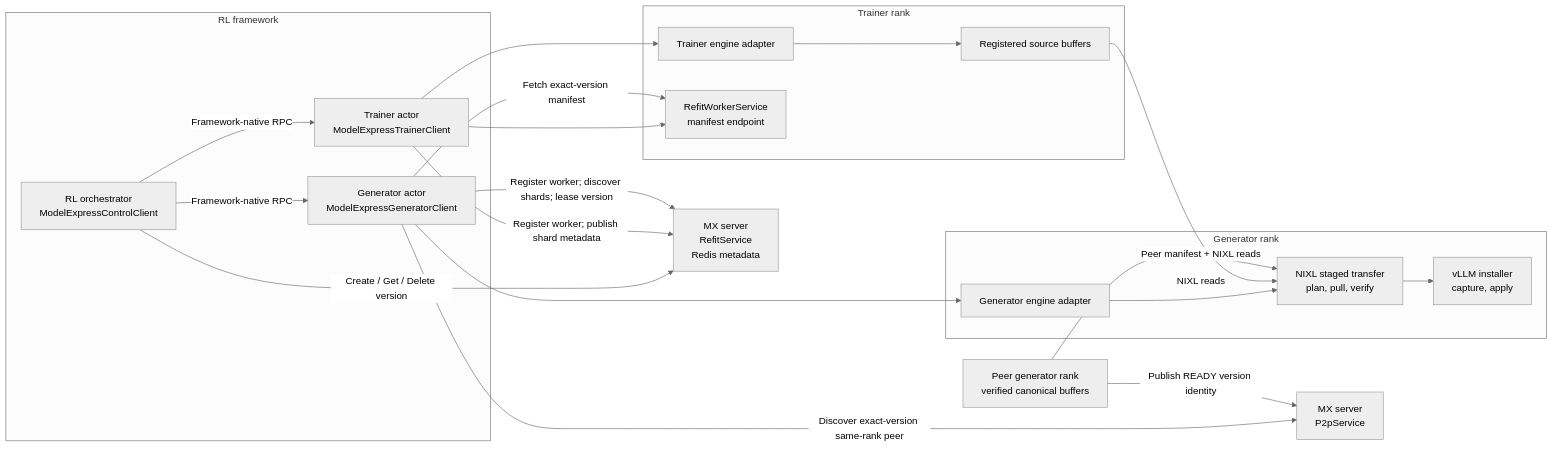
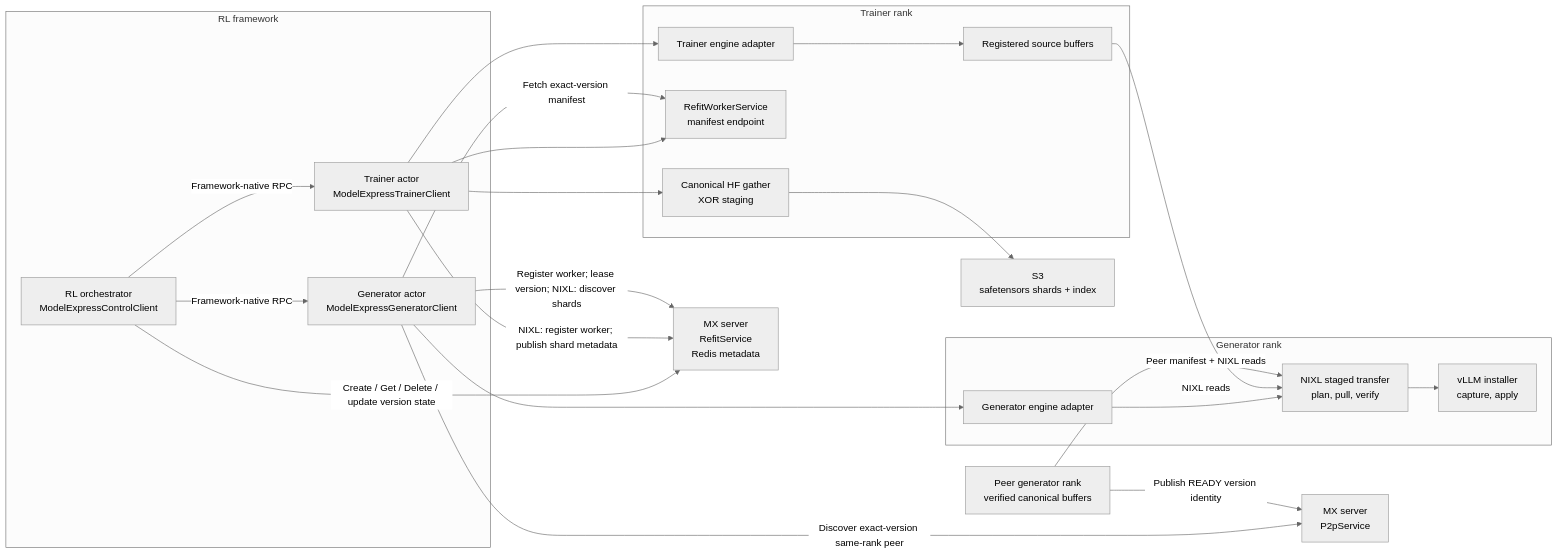
Before and after one commit to ai-dynamo/modelexpress: the second of 3 diagrams in docs/ARCHITECTURE.md, drawn with Mermaid (neutral theme). The commit also changed other lines of this file and 33 other files, not shown here.

Commit message:
feat(refit): add version-owned canonical S3 publication (#685)

````diff
--- a/docs/ARCHITECTURE.md
+++ b/docs/ARCHITECTURE.md
@@ -399,39 +417,43 @@
 ```mermaid
 flowchart LR
     subgraph Framework["RL framework"]
         O["RL orchestrator<br/>ModelExpressControlClient"]
         T["Trainer actor<br/>ModelExpressTrainerClient"]
         G["Generator actor<br/>ModelExpressGeneratorClient"]
     end
 
     S["MX server<br/>RefitService<br/>Redis metadata"]
     P["MX server<br/>P2pService"]
 
     subgraph Trainer["Trainer rank"]
         TA["Trainer engine adapter"]
         B["Registered source buffers"]
         M["RefitWorkerService<br/>manifest endpoint"]
+        C["Canonical HF gather<br/>XOR staging"]
     end
+
+    D["S3<br/>safetensors shards + index"]
 
     subgraph Generator["Generator rank"]
         GA["Generator engine adapter"]
         X["NIXL staged transfer<br/>plan, pull, verify"]
         I["vLLM installer<br/>capture, apply"]
     end
 
     PG["Peer generator rank<br/>verified canonical buffers"]
 
-    O -->|"Create / Get / Delete version"| S
+    O -->|"Create / Get / Delete / update version state"| S
     O -->|"Framework-native RPC"| T
     O -->|"Framework-native RPC"| G
     T --> TA --> B
-    T -->|"Register worker; publish shard metadata"| S
+    T --> C --> D
+    T -->|"NIXL: register worker; publish shard metadata"| S
     T --> M
-    G -->|"Register worker; discover shards; lease version"| S
+    G -->|"Register worker; lease version; NIXL: discover shards"| S
     G -->|"Discover exact-version same-rank peer"| P
     G --> GA --> X --> I
     G -->|"Fetch exact-version manifest"| M
     B -->|"NIXL reads"| X
     PG -->|"Publish READY version identity"| P
     PG -->|"Peer manifest + NIXL reads"| X
 ```
````
